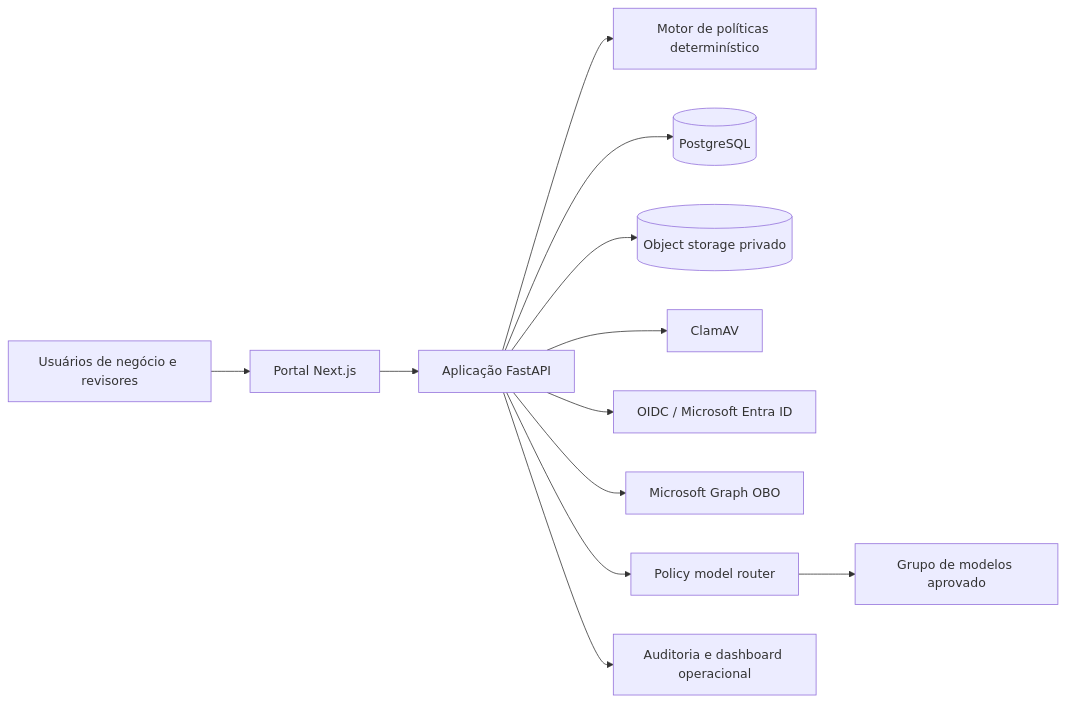
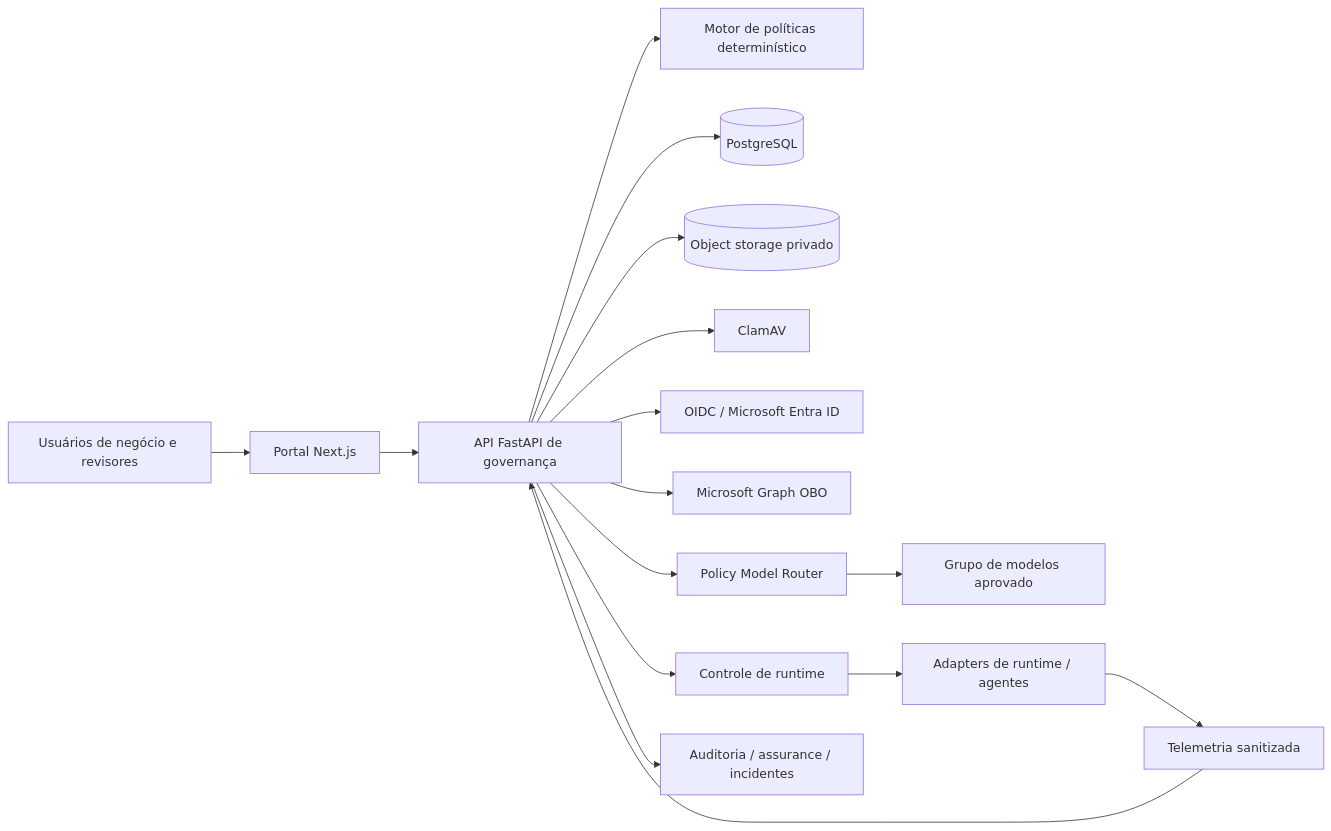
One commit to brunovicco/verifiable-ai-governance changed the diagram in README.pt-BR.md. Above: the diagram before and after it, drawn with Mermaid. The commit also changed other lines of this file and 84 other files, not shown here.

````diff
--- a/README.pt-BR.md
+++ b/README.pt-BR.md
@@ -92,14 +126,18 @@
 ```mermaid
 flowchart LR
   U[Usuários de negócio e revisores] --> W[Portal Next.js]
-  W --> A[Aplicação FastAPI]
+  W --> A[API FastAPI de governança]
   A --> P[Motor de políticas determinístico]
   A --> D[(PostgreSQL)]
   A --> S[(Object storage privado)]
   A --> C[ClamAV]
   A --> I[OIDC / Microsoft Entra ID]
   A --> G[Microsoft Graph OBO]
-  A --> R[Policy model router]
+  A --> R[Policy Model Router]
   R --> M[Grupo de modelos aprovado]
-  A --> Q[Auditoria e dashboard operacional]
+  X[Adapters de runtime / agentes] --> T[Telemetria sanitizada]
+  T --> A
+  A --> RC[Controle de runtime]
+  RC --> X
+  A --> Q[Auditoria / assurance / incidentes]
 ```
````
